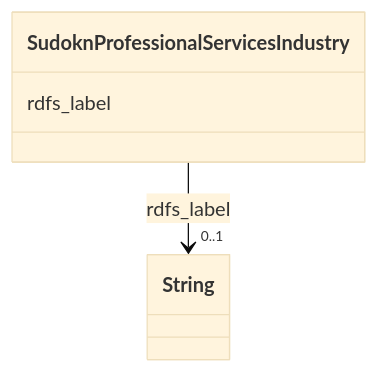
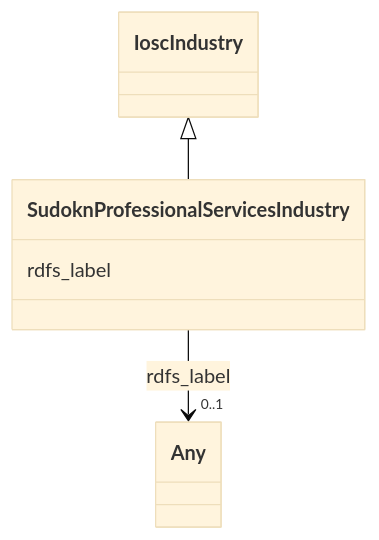
Before and after one commit to frink-okn/graph-descriptions: the diagram in sudokn-kg/classes/SudoknProfessionalServicesIndustry.md, drawn with Mermaid (base theme). The commit also changed other lines of this file and 903 other files, not shown here.

````diff
--- a/sudokn-kg/classes/SudoknProfessionalServicesIndustry.md
+++ b/sudokn-kg/classes/SudoknProfessionalServicesIndustry.md
@@ -23,15 +18,18 @@
 ```mermaid
  classDiagram
     class SudoknProfessionalServicesIndustry
     click SudoknProfessionalServicesIndustry href "../SudoknProfessionalServicesIndustry"
+      IoscIndustry <|-- SudoknProfessionalServicesIndustry
+        click IoscIndustry href "../IoscIndustry"
+      
       SudoknProfessionalServicesIndustry : rdfs_label
         
           
     
     
-    SudoknProfessionalServicesIndustry --> "0..1" String : rdfs_label
-    click String href "../String"
+    SudoknProfessionalServicesIndustry --> "0..1" Any : rdfs_label
+    click Any href "../Any"
 
         
       
 ```
````
